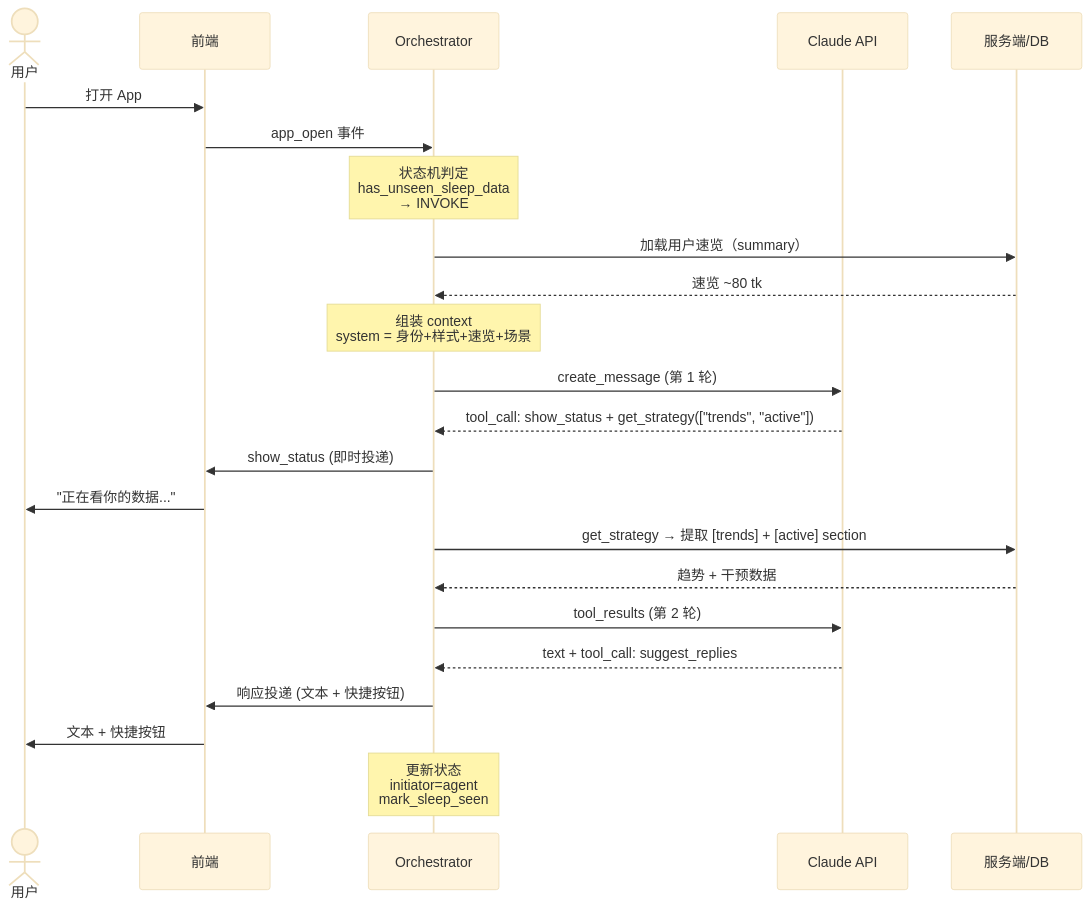
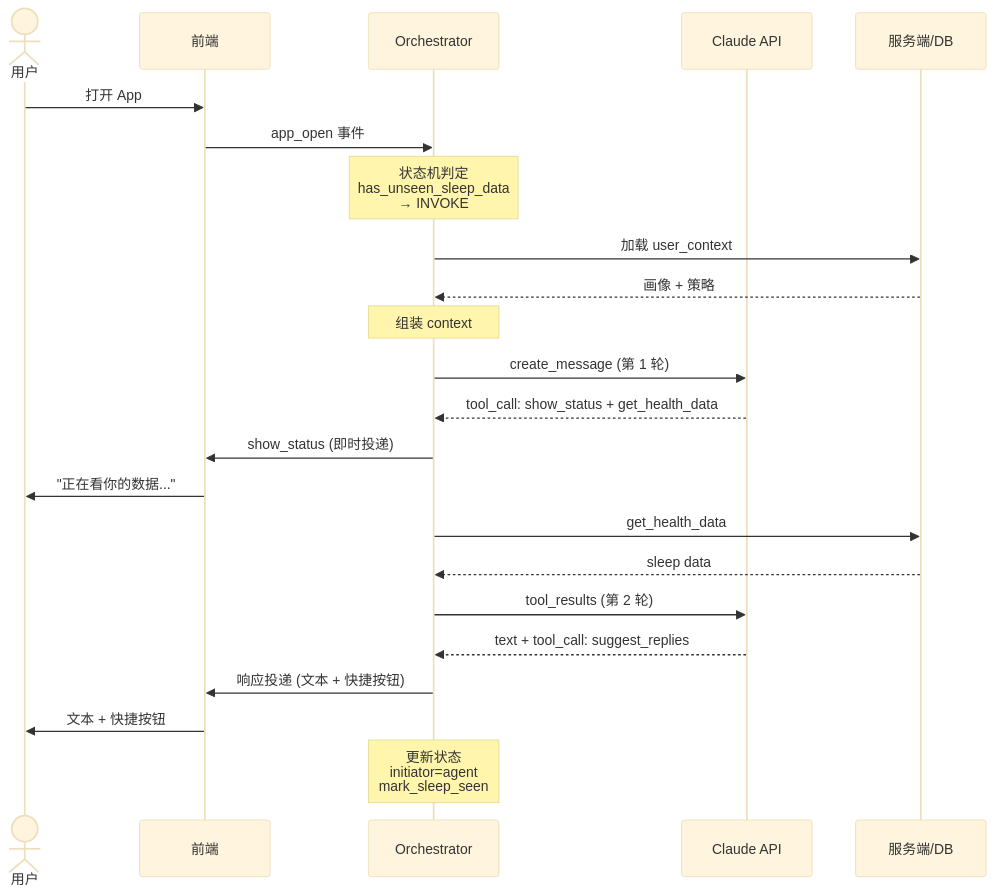
One commit to Trendolhxh/test changed the third of 4 diagrams in isho-agent/08-orchestration.md. Above: the diagram before and after it, drawn with Mermaid (base theme). The commit also changed other lines of this file and 6 other files, not shown here.

````diff
--- a/isho-agent/08-orchestration.md
+++ b/isho-agent/08-orchestration.md
@@ -312,35 +290,35 @@
 ```mermaid
 sequenceDiagram
     actor 用户
     participant 前端
     participant Orch as Orchestrator
     participant Claude as Claude API
     participant DB as 服务端/DB
 
     用户->>前端: 打开 App
     前端->>Orch: app_open 事件
 
     Note over Orch: 状态机判定<br/>has_unseen_sleep_data<br/>→ INVOKE
 
-    Orch->>DB: 加载用户速览（summary）
-    DB-->>Orch: 速览 ~80 tk
+    Orch->>DB: 加载 user_context
+    DB-->>Orch: 画像 + 策略
 
-    Note over Orch: 组装 context<br/>system = 身份+样式+速览+场景
+    Note over Orch: 组装 context
 
     Orch->>Claude: create_message (第 1 轮)
-    Claude-->>Orch: tool_call: show_status + get_strategy(["trends", "active"])
+    Claude-->>Orch: tool_call: show_status + get_health_data
 
     Orch->>前端: show_status (即时投递)
     前端->>用户: "正在看你的数据..."
 
-    Orch->>DB: get_strategy → 提取 [trends] + [active] section
-    DB-->>Orch: 趋势 + 干预数据
+    Orch->>DB: get_health_data
+    DB-->>Orch: sleep data
 
     Orch->>Claude: tool_results (第 2 轮)
     Claude-->>Orch: text + tool_call: suggest_replies
 
     Orch->>前端: 响应投递 (文本 + 快捷按钮)
     前端->>用户: 文本 + 快捷按钮
 
     Note over Orch: 更新状态<br/>initiator=agent<br/>mark_sleep_seen
 ```
````
